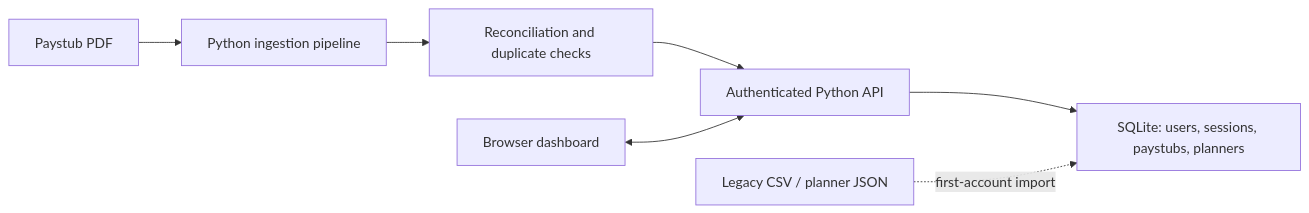
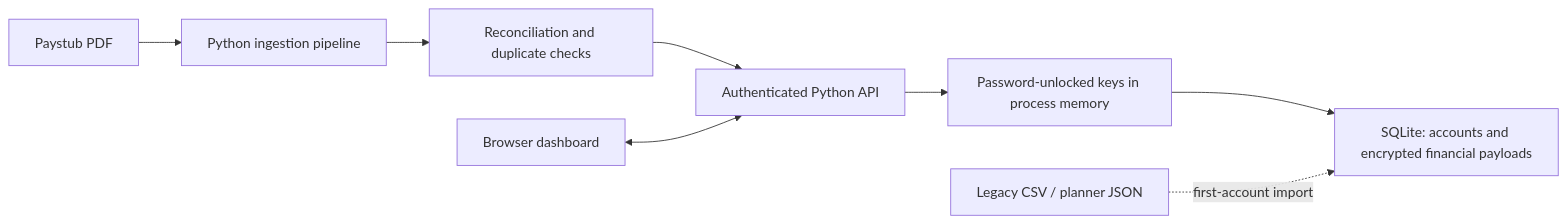
The diagram in README.md (ThePotato456/paypulse), drawn with Mermaid before and after one commit. The commit also changed other lines of this file and 7 other files, not shown here.

````diff
--- a/README.md
+++ b/README.md
@@ -77,9 +77,10 @@
 ```mermaid
 flowchart LR
     PDF["Paystub PDF"] --> INGEST["Python ingestion pipeline"]
     INGEST --> CHECKS["Reconciliation and duplicate checks"]
     CHECKS --> API["Authenticated Python API"]
     UI["Browser dashboard"] <--> API
-    API --> DB["SQLite: users, sessions, paystubs, planners"]
+    API --> VAULT["Password-unlocked keys in process memory"]
+    VAULT --> DB["SQLite: accounts and encrypted financial payloads"]
     LEGACY["Legacy CSV / planner JSON"] -. first-account import .-> DB
 ```
````
